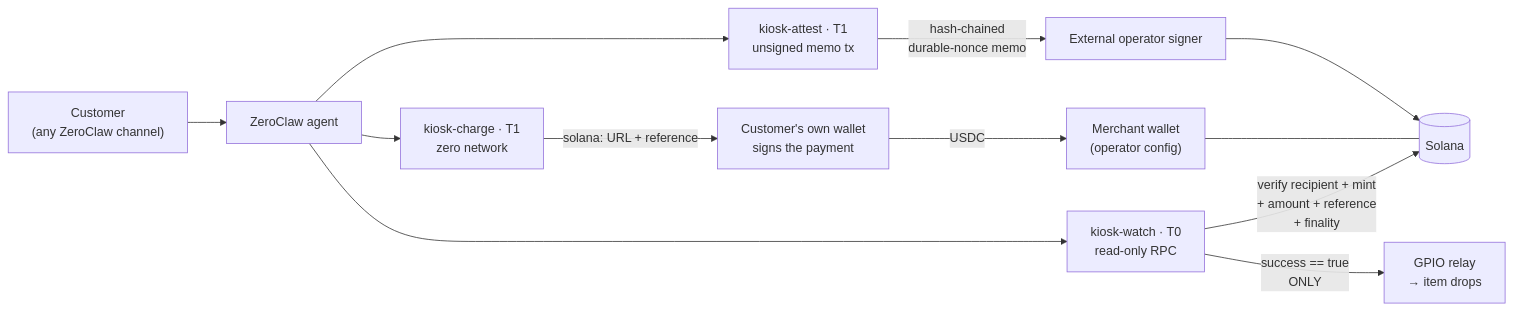
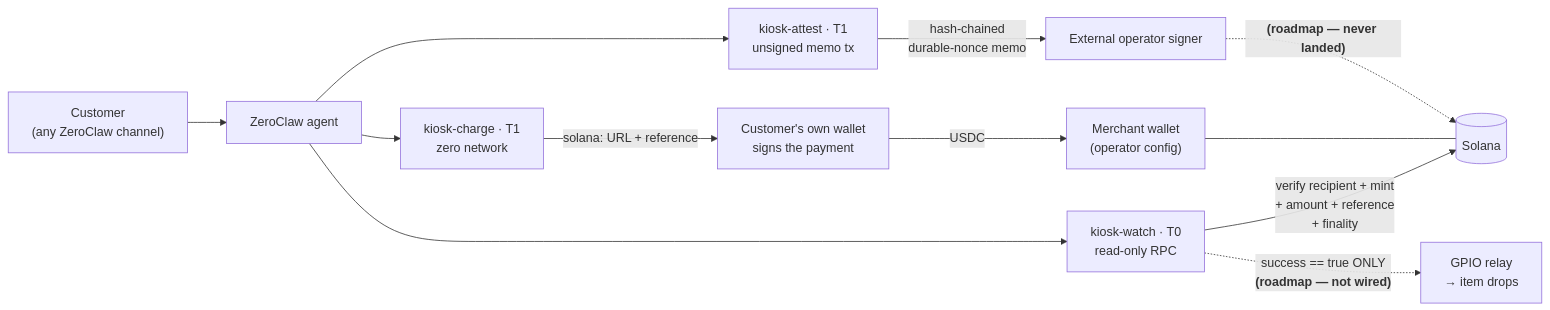
Before and after one commit to Sushant6095/proofkiosk: the diagram in README.md, drawn with Mermaid. The commit also changed other lines of this file, not shown here.

````diff
--- a/README.md
+++ b/README.md
@@ -22,14 +46,14 @@
 ```mermaid
 flowchart LR
     C["Customer<br/>(any ZeroClaw channel)"] --> A["ZeroClaw agent"]
     A --> CH["kiosk-charge · T1<br/>zero network"]
     CH -->|"solana: URL + reference"| W["Customer's own wallet<br/>signs the payment"]
     W -->|"USDC"| M["Merchant wallet<br/>(operator config)"]
     A --> WA["kiosk-watch · T0<br/>read-only RPC"]
     WA -->|"verify recipient + mint<br/>+ amount + reference<br/>+ finality"| SOL[("Solana")]
     M --- SOL
-    WA -->|"success == true<br/>ONLY"| R["GPIO relay<br/>→ item drops"]
+    WA -. "success == true ONLY<br/><b>(roadmap — not wired)</b>" .-> R["GPIO relay<br/>→ item drops"]
     A --> AT["kiosk-attest · T1<br/>unsigned memo tx"]
     AT -->|"hash-chained<br/>durable-nonce memo"| S["External operator signer"]
-    S --> SOL
+    S -. "<b>(roadmap — never landed)</b>" .-> SOL
 ```
````
